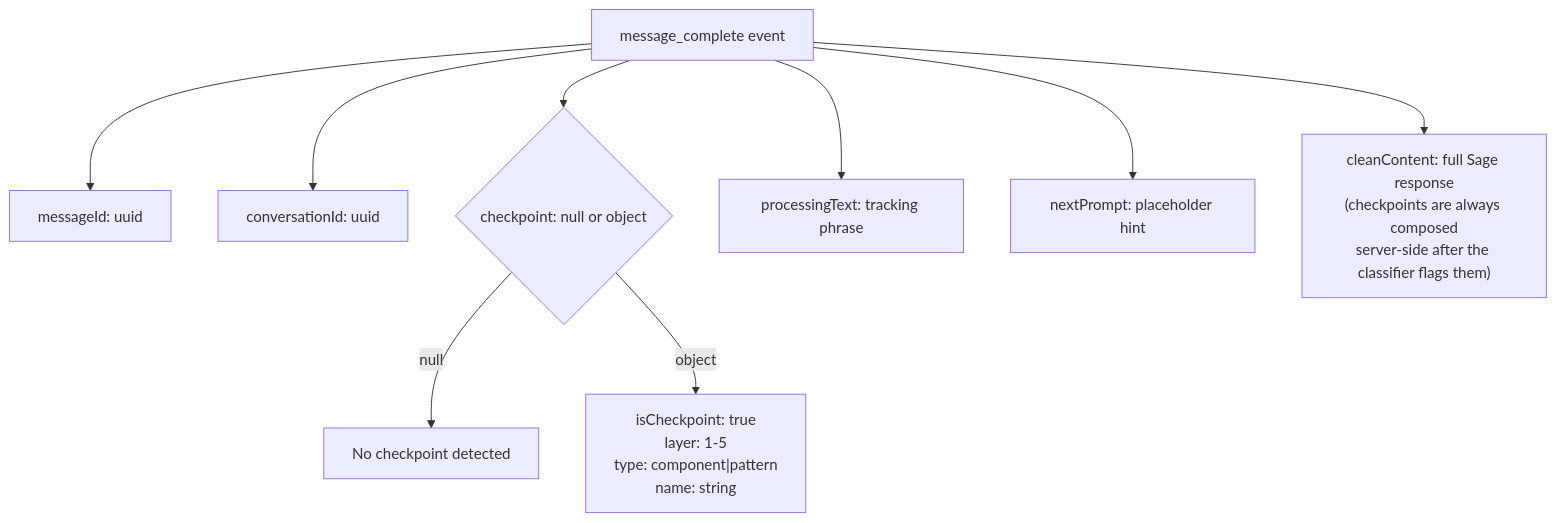
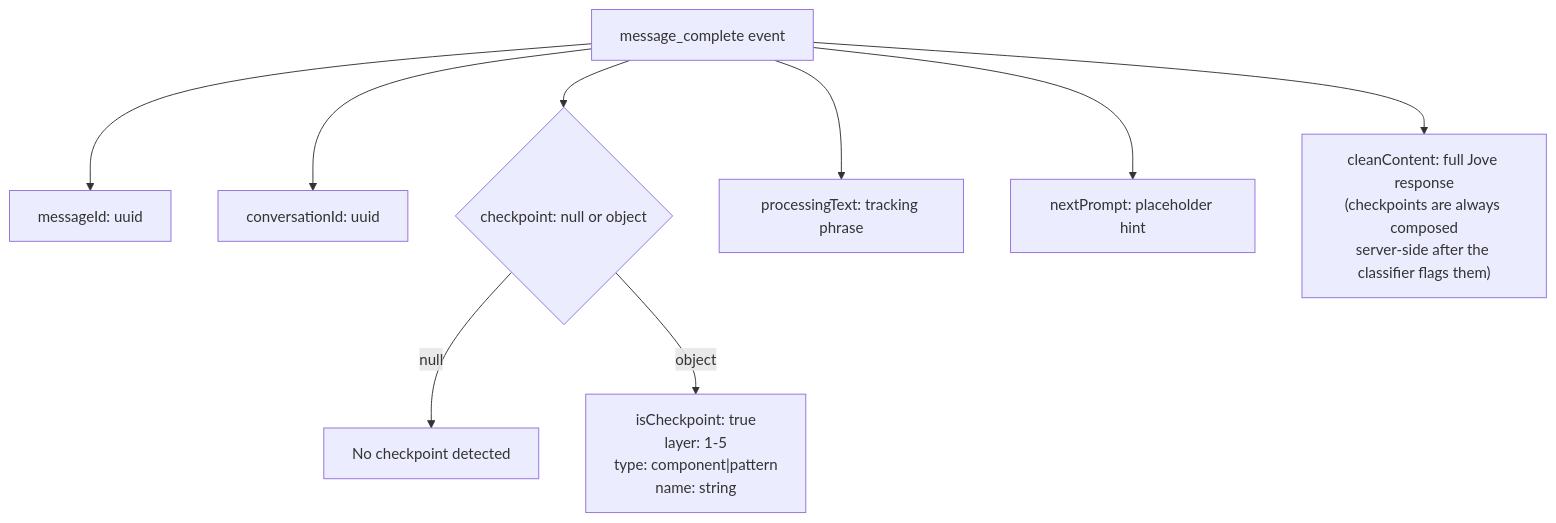
One commit to h2onation/mantle changed the second of 3 diagrams in .claude/diagrams/sse-protocol.md. Above: the diagram before and after it, drawn with Mermaid. The commit also changed 16 other files, not shown here.

First line of the commit message:
docs: clean up stale Sage/Mantle references post-rename

````diff
--- a/.claude/diagrams/sse-protocol.md
+++ b/.claude/diagrams/sse-protocol.md
@@ -25,11 +25,11 @@
 ```mermaid
 flowchart TD
     MC["message_complete event"] --> MID["messageId: uuid"]
     MC --> CID["conversationId: uuid"]
     MC --> CP{"checkpoint: null or object"}
     CP -- "null" --> NONE["No checkpoint detected"]
     CP -- "object" --> CPDATA["isCheckpoint: true<br/>layer: 1-5<br/>type: component|pattern<br/>name: string"]
     MC --> PT["processingText: tracking phrase"]
     MC --> NP["nextPrompt: placeholder hint"]
-    MC --> CC["cleanContent: full Sage response<br/>(checkpoints are always composed<br/>server-side after the classifier flags them)"]
+    MC --> CC["cleanContent: full Jove response<br/>(checkpoints are always composed<br/>server-side after the classifier flags them)"]
 ```
````
